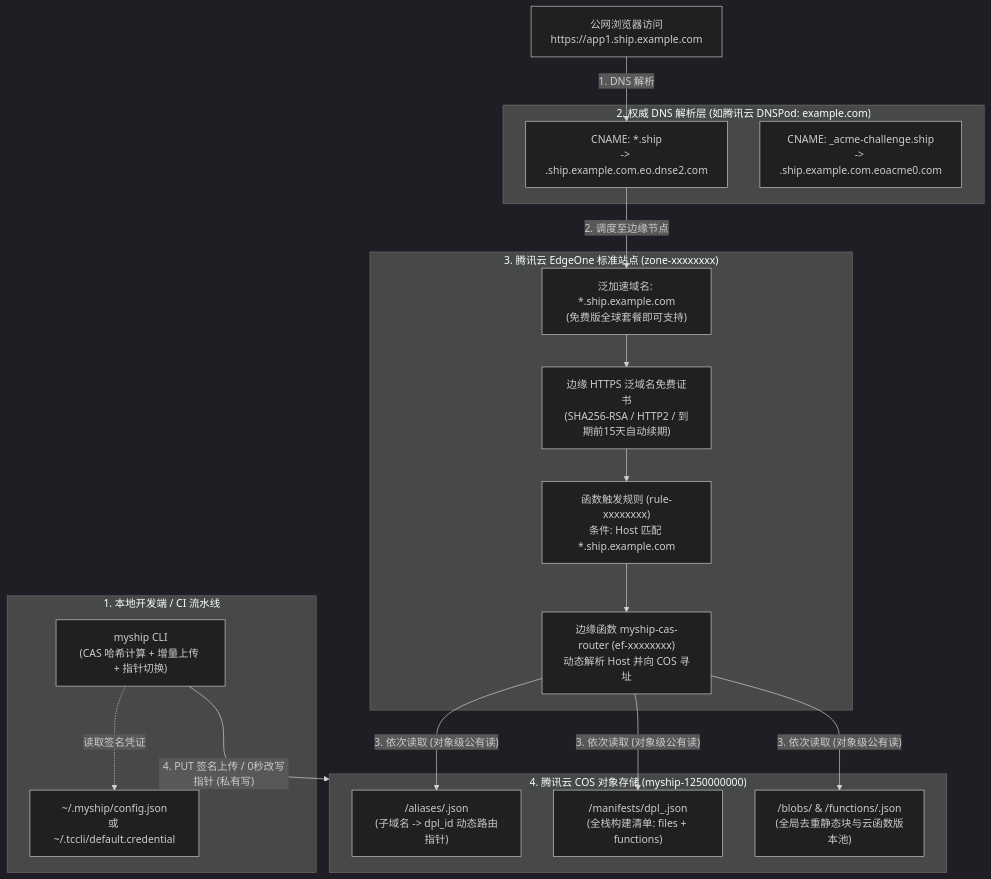
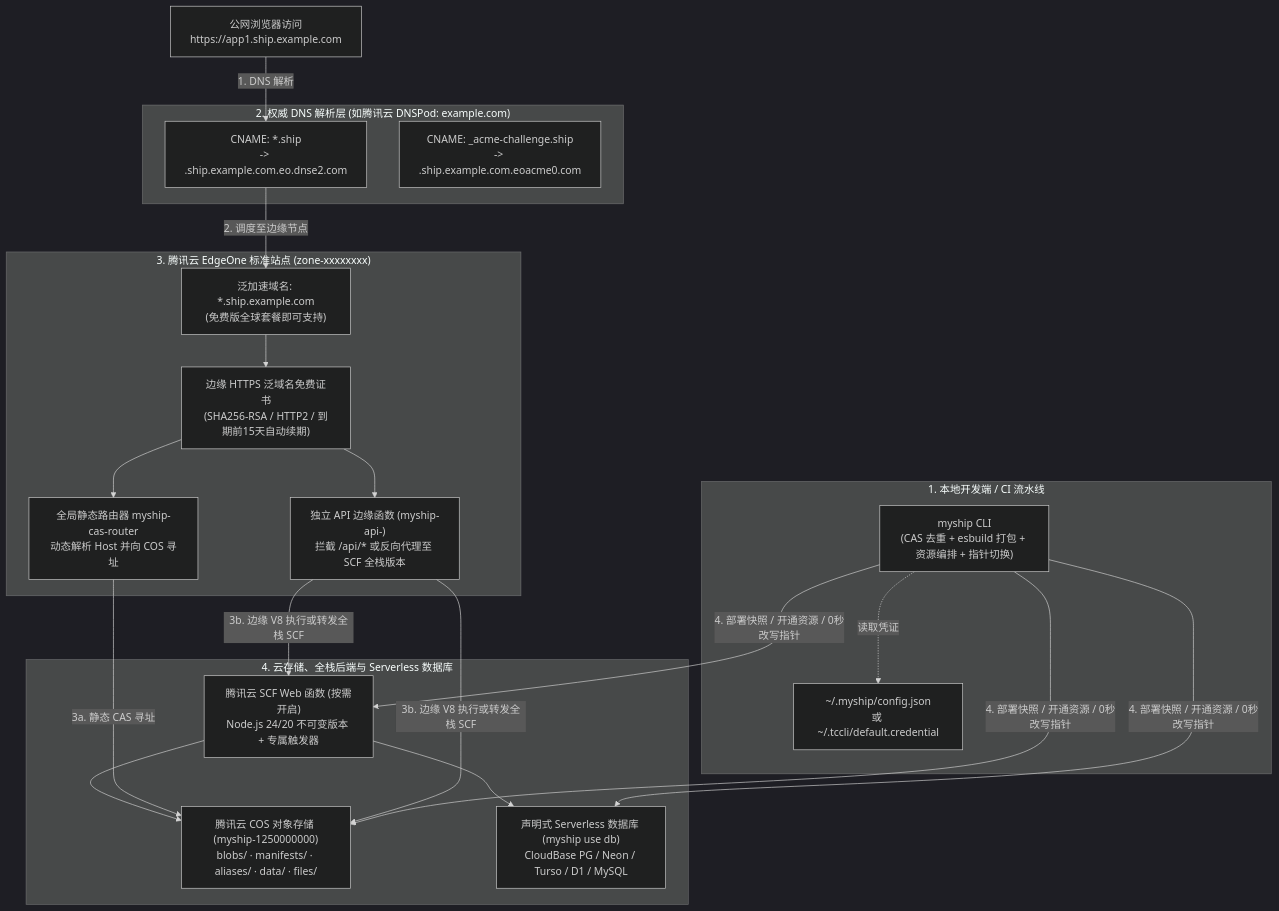
One commit to huxy2023/myship changed the diagram in docs/02-self-hosting-guide.md. Above: the diagram before and after it, drawn with Mermaid (dark theme). The commit also changed other lines of this file and 30 other files, not shown here.

````diff
--- a/docs/02-self-hosting-guide.md
+++ b/docs/02-self-hosting-guide.md
@@ -9,32 +9,34 @@
 ```mermaid
 flowchart TB
     subgraph Local["1. 本地开发端 / CI 流水线"]
-        CLI["myship CLI<br/>(CAS 哈希计算 + 增量上传 + 指针切换)"]
+        CLI["myship CLI<br/>(CAS 去重 + esbuild 打包 + 资源编排 + 指针切换)"]
         Config["~/.myship/config.json<br/>或 ~/.tccli/default.credential"]
-        CLI -. "读取签名凭证" .-> Config
+        CLI -. "读取凭证" .-> Config
     end
 
     subgraph DNS["2. 权威 DNS 解析层 (如腾讯云 DNSPod: example.com)"]
         DNS_Wild["CNAME: *.ship<br/>-> <your-zone>.ship.example.com.eo.dnse2.com"]
         DNS_ACME["CNAME: _acme-challenge.ship<br/>-> <your-zone>.ship.example.com.eoacme0.com"]
     end
 
     subgraph EdgeOne["3. 腾讯云 EdgeOne 标准站点 (zone-xxxxxxxx)"]
         EO_Domain["泛加速域名: *.ship.example.com<br/>(免费版全球套餐即可支持)"]
         EO_Cert["边缘 HTTPS 泛域名免费证书<br/>(SHA256-RSA / HTTP2 / 到期前15天自动续期)"]
-        EO_Rule["函数触发规则 (rule-xxxxxxxx)<br/>条件: Host 匹配 *.ship.example.com"]
-        EO_Func["边缘函数 myship-cas-router (ef-xxxxxxxx)<br/>动态解析 Host 并向 COS 寻址"]
-        EO_Domain --> EO_Cert --> EO_Rule --> EO_Func
+        EO_ApiWorker["独立 API 边缘函数 (myship-api-<project>)<br/>拦截 /api/* 或反向代理至 SCF 全栈版本"]
+        EO_Func["全局静态路由器 myship-cas-router<br/>动态解析 Host 并向 COS 寻址"]
+        EO_Domain --> EO_Cert --> EO_ApiWorker & EO_Func
     end
 
-    subgraph COS["4. 腾讯云 COS 对象存储 (myship-1250000000)"]
-        COS_Aliases["/aliases/<subdomain>.json<br/>(子域名 -> dpl_id 动态路由指针)"]
-        COS_Manifests["/manifests/dpl_<id>.json<br/>(全栈构建清单: files + functions)"]
-        COS_Blobs["/blobs/<sha256> & /functions/<sha256>.json<br/>(全局去重静态块与云函数版本池)"]
+    subgraph ComputeAndData["4. 云存储、全栈后端与 Serverless 数据库"]
+        COS["腾讯云 COS 对象存储 (myship-1250000000)<br/>blobs/ · manifests/ · aliases/ · data/ · files/"]
+        SCF["腾讯云 SCF Web 函数 (按需开启)<br/>Node.js 24/20 不可变版本 + 专属触发器"]
+        DB["声明式 Serverless 数据库 (myship use db)<br/>CloudBase PG / Neon / Turso / D1 / MySQL"]
+        SCF --> COS & DB
     end
 
     User["公网浏览器访问<br/>https://app1.ship.example.com"] -- "1. DNS 解析" --> DNS_Wild
     DNS_Wild -- "2. 调度至边缘节点" --> EO_Domain
-    EO_Func -- "3. 依次读取 (对象级公有读)" --> COS_Aliases & COS_Manifests & COS_Blobs
-    CLI -- "4. PUT 签名上传 / 0秒改写指针 (私有写)" --> COS
+    EO_Func -- "3a. 静态 CAS 寻址" --> COS
+    EO_ApiWorker -- "3b. 边缘 V8 执行或转发全栈 SCF" --> SCF & COS
+    CLI -- "4. 部署快照 / 开通资源 / 0秒改写指针" --> COS & SCF & DB
 ```
````
